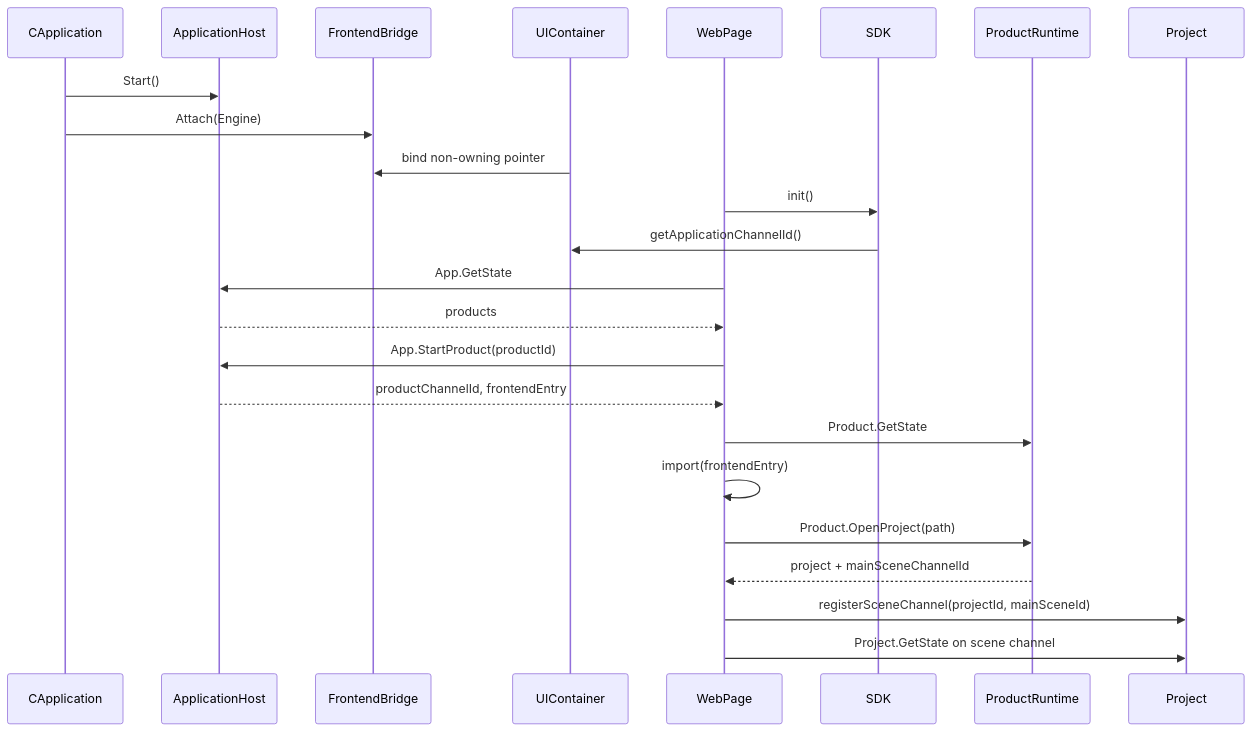
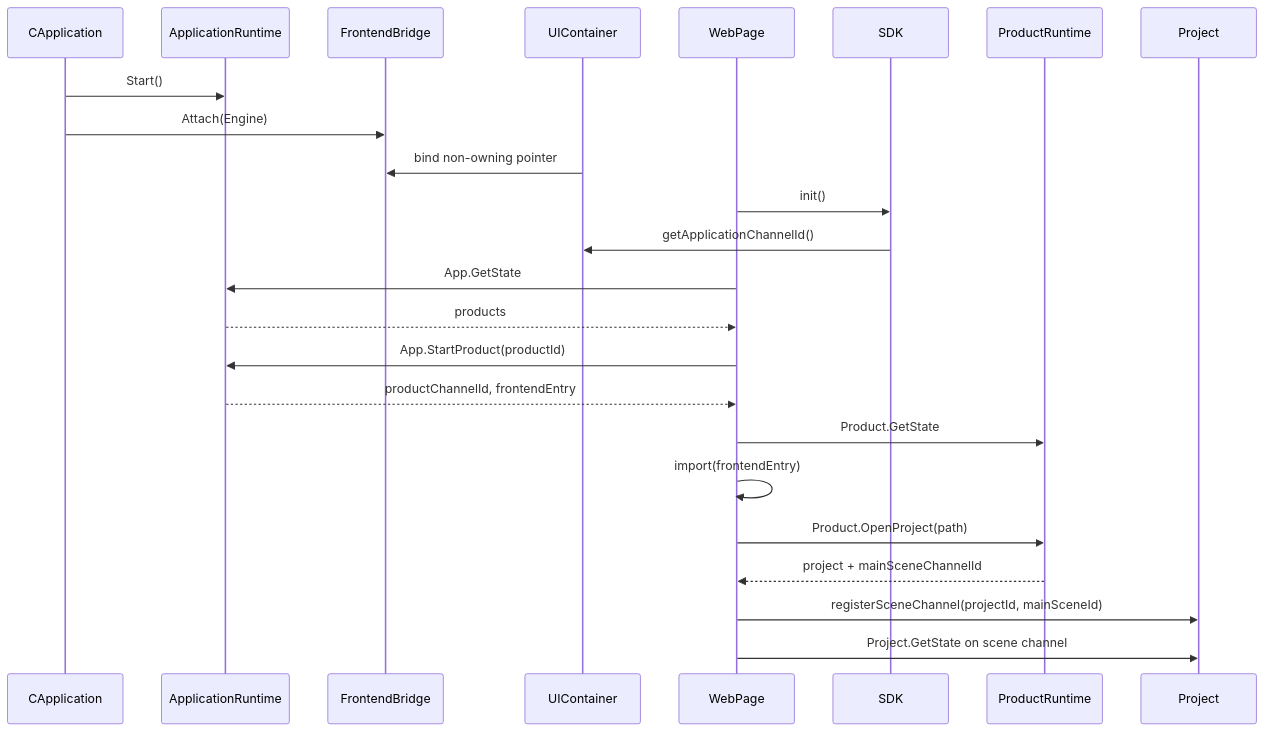
One commit to penguinchiang0609-ui/iCAX changed the second of 2 diagrams in doc/iCAX-UI/iCAX-UI设计文档.md. Above: the diagram before and after it, drawn with Mermaid. The commit also changed other lines of this file and 466 other files, not shown here.

````diff
--- a/doc/iCAX-UI/iCAX-UI设计文档.md
+++ b/doc/iCAX-UI/iCAX-UI设计文档.md
@@ -289,27 +289,27 @@
 ```mermaid
 sequenceDiagram
     participant NativeApp as CApplication
-    participant Engine as ApplicationHost
+    participant Engine as ApplicationRuntime
     participant Bridge as FrontendBridge
     participant Host as UIContainer
     participant Page as WebPage
     participant SDK as SDK
     participant Product as ProductRuntime
     participant Project as Project
 
     NativeApp->>Engine: Start()
     NativeApp->>Bridge: Attach(Engine)
     Host->>Bridge: bind non-owning pointer
     Page->>SDK: init()
     SDK->>Host: getApplicationChannelId()
     Page->>Engine: App.GetState
     Engine-->>Page: products
     Page->>Engine: App.StartProduct(productId)
     Engine-->>Page: productChannelId, frontendEntry
     Page->>Product: Product.GetState
     Page->>Page: import(frontendEntry)
     Page->>Product: Product.OpenProject(path)
     Product-->>Page: project + mainSceneChannelId
     Page->>Project: registerSceneChannel(projectId, mainSceneId)
     Page->>Project: Project.GetState on scene channel
 ```
````
